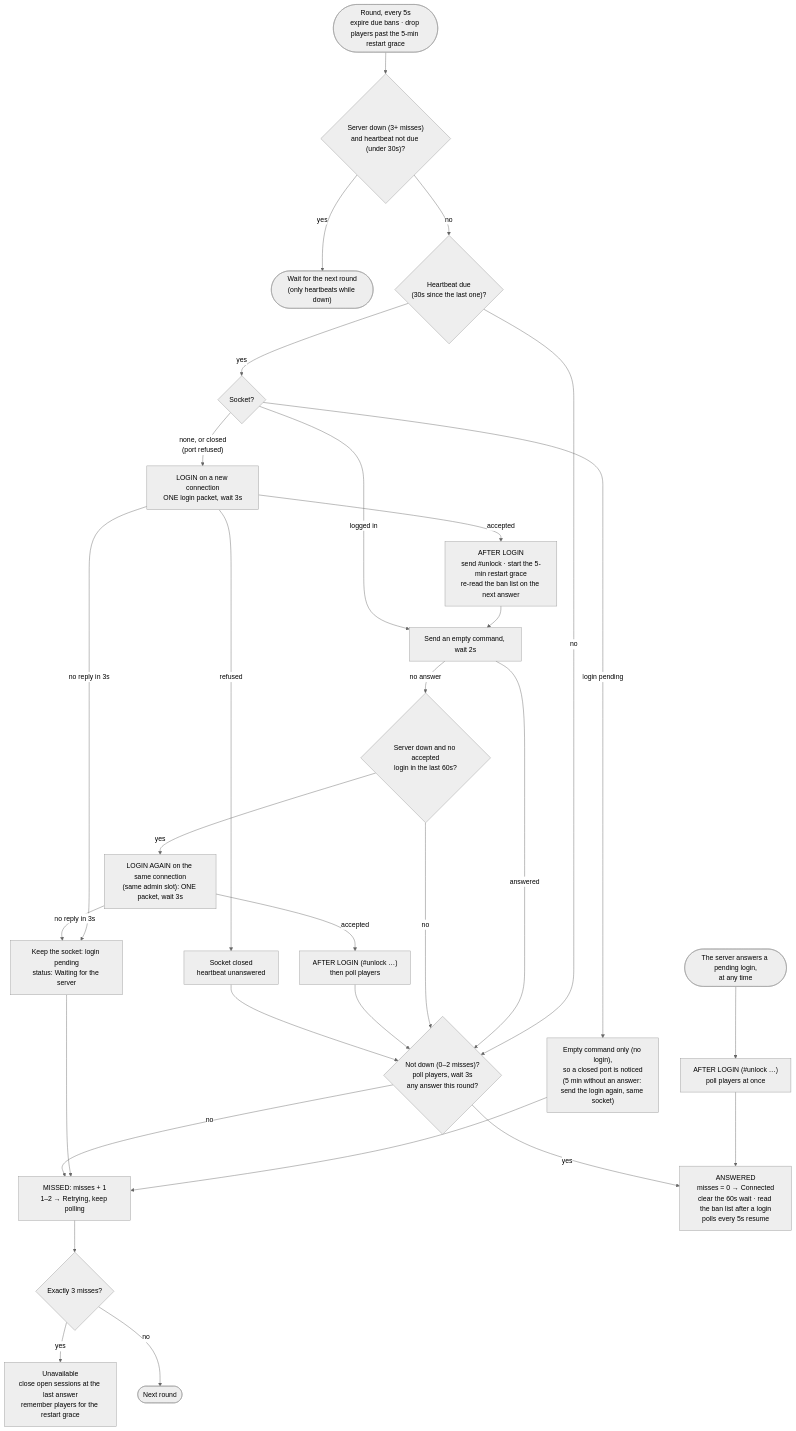
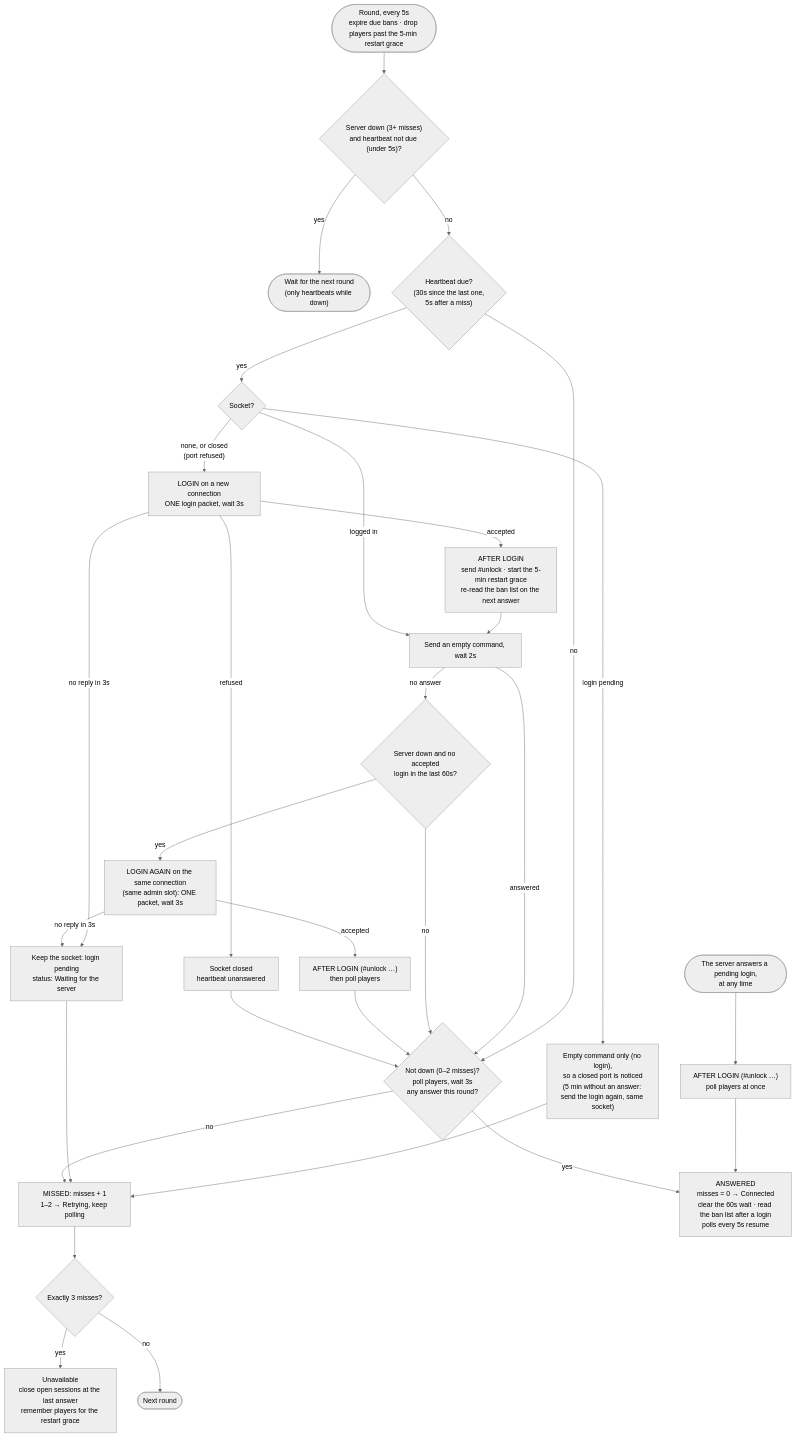
Before and after one commit to MowMdown/ReCON: the diagram in docs/rcon-login.md, drawn with Mermaid (neutral theme). The commit also changed other lines of this file and 3 other files, not shown here.

First line of the commit message:
Server watch: heartbeat every 5s once a check goes unanswered

````diff
--- a/docs/rcon-login.md
+++ b/docs/rcon-login.md
@@ -42,39 +43,39 @@
 ```mermaid
 flowchart TD
     R(["Round, every 5s<br/>expire due bans · drop players past the 5-min restart grace"])
-    R --> D{"Server down (3+ misses)<br/>and heartbeat not due (under 30s)?"}
+    R --> D{"Server down (3+ misses)<br/>and heartbeat not due (under 5s)?"}
     D -- yes --> W(["Wait for the next round<br/>(only heartbeats while down)"])
-    D -- no --> H{"Heartbeat due<br/>(30s since the last one)?"}
+    D -- no --> H{"Heartbeat due?<br/>(30s since the last one,<br/>5s after a miss)"}
 
     H -- no --> P
     H -- yes --> C{"Socket?"}
 
     C -- "none, or closed<br/>(port refused)" --> L1["LOGIN on a new connection<br/>ONE login packet, wait 3s"]
     L1 -- refused --> X["Socket closed<br/>heartbeat unanswered"]
     L1 -- "no reply in 3s" --> WAIT["Keep the socket: login pending<br/>status: Waiting for the server"]
     L1 -- accepted --> A1["AFTER LOGIN<br/>send #unlock · start the 5-min restart grace<br/>re-read the ban list on the next answer"]
     A1 --> E
     C -- "login pending" --> PR["Empty command only (no login),<br/>so a closed port is noticed<br/>(5 min without an answer: send the login again, same socket)"]
     PR --> MISS
     C -- "logged in" --> E["Send an empty command, wait 2s"]
 
     E -- answered --> P
     E -- "no answer" --> S{"Server down and no accepted<br/>login in the last 60s?"}
     S -- no --> P
     S -- yes --> L2["LOGIN AGAIN on the same connection<br/>(same admin slot): ONE packet, wait 3s"]
     L2 -- "no reply in 3s" --> WAIT
     L2 -- accepted --> A2["AFTER LOGIN (#unlock …)<br/>then poll players"]
     A2 --> P
     X --> P
     WAIT --> MISS
 
     LATE(["The server answers a pending login,<br/>at any time"]) --> A3["AFTER LOGIN (#unlock …)<br/>poll players at once"]
     A3 --> OK
 
     P{"Not down (0–2 misses)?<br/>poll players, wait 3s<br/>any answer this round?"}
     P -- yes --> OK["ANSWERED<br/>misses = 0 → Connected<br/>clear the 60s wait · read the ban list after a login<br/>polls every 5s resume"]
     P -- no --> MISS["MISSED: misses + 1<br/>1–2 → Retrying, keep polling"]
     MISS --> T{"Exactly 3 misses?"}
     T -- yes --> DOWN["Unavailable<br/>close open sessions at the last answer<br/>remember players for the restart grace"]
     T -- no --> W2(["Next round"])
 ```
````
